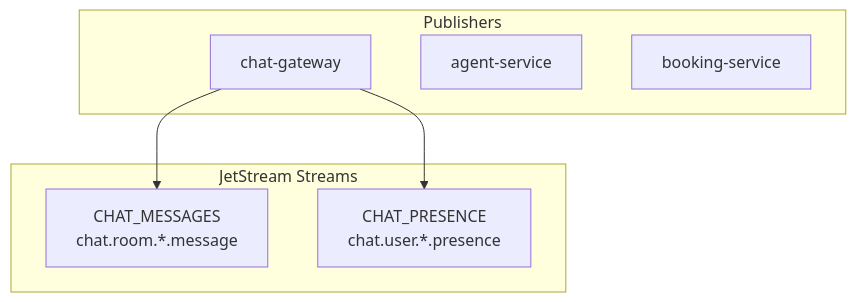
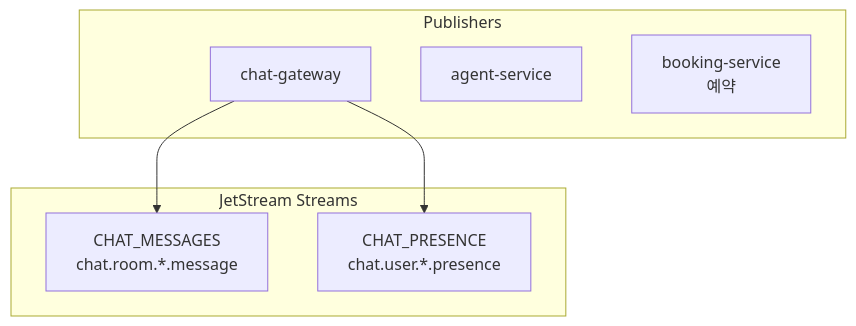
Diagram 20 of 37 in docs/workflow/CHAT.md (uniyous/parkgolf-platform), drawn with Mermaid before and after one commit. The commit also changed other lines of this file and 9 other files, not shown here.

First line of the commit message:
docs: saga-service 독립 분리에 따른 아키텍처/워크플로우 문서 현행화

````diff
--- a/docs/workflow/CHAT.md
+++ b/docs/workflow/CHAT.md
@@ -695,15 +695,15 @@
 ```mermaid
 flowchart TB
     subgraph Publishers["Publishers"]
         GW[chat-gateway]
         AGENT[agent-service]
-        BOOK[booking-service]
+        BOOK[booking-service<br/>예약]
     end
 
     subgraph Streams["JetStream Streams"]
         S1[CHAT_MESSAGES<br/>chat.room.*.message]
         S2[CHAT_PRESENCE<br/>chat.user.*.presence]
     end
 
     GW --> S1 & S2
 ```
````
